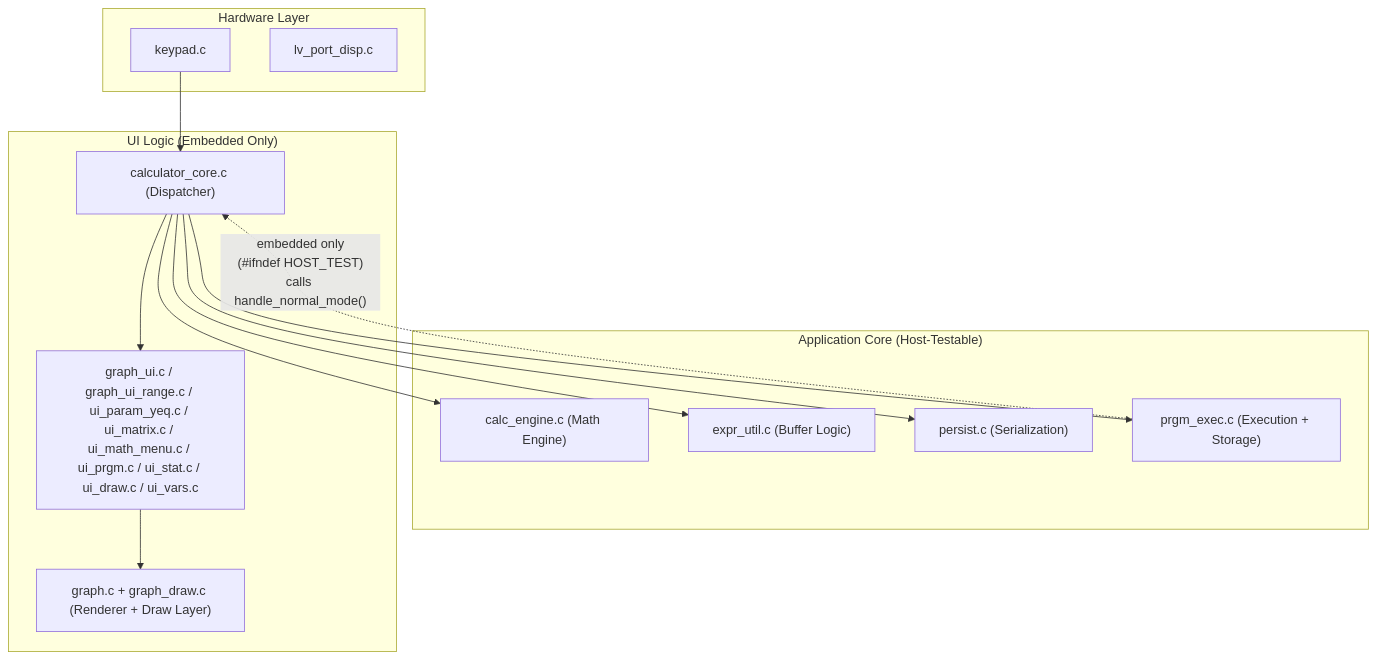
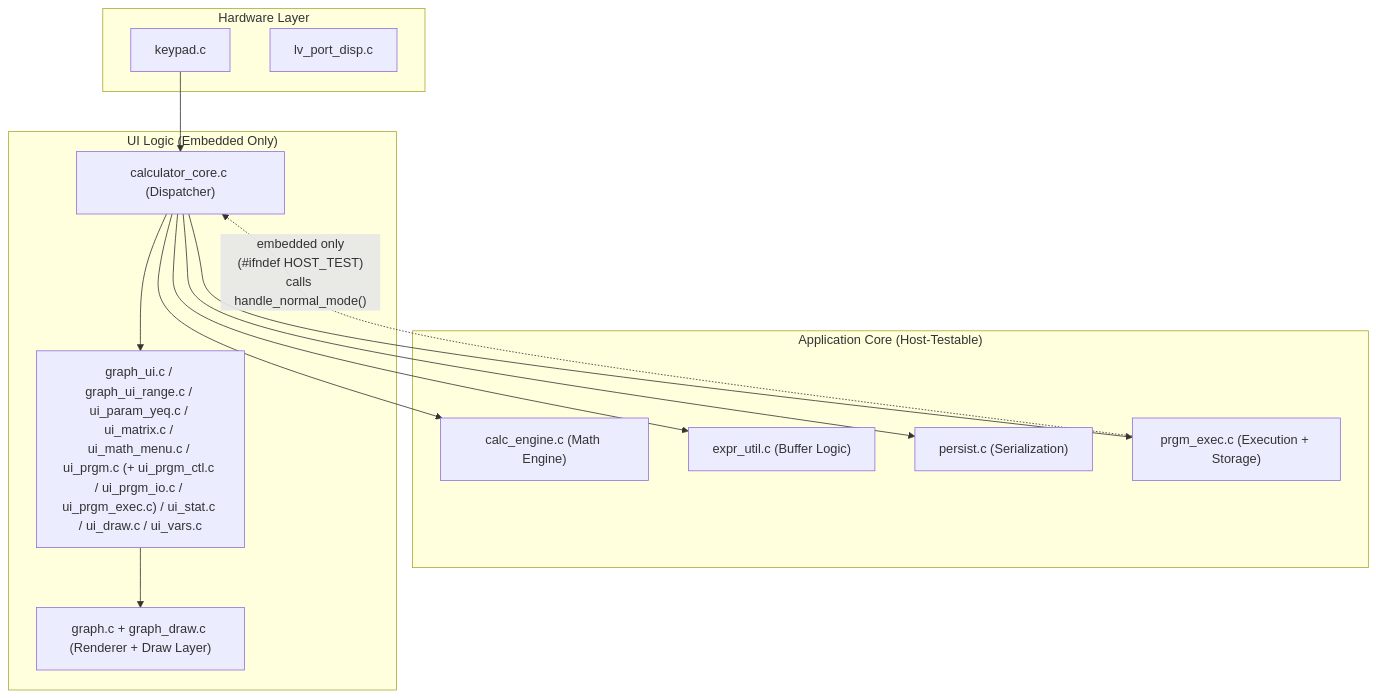
One commit to mndxc/STM32F429-TI81-Calculator changed the second of 2 diagrams in docs/ARCHITECTURE.md. Above: the diagram before and after it, drawn with Mermaid. The commit also changed 12 other files, not shown here.

First line of the commit message:
refactor: extract ui_prgm_ctl/io/exec sub-menus from ui_prgm.c (INTERFACE_REFACTOR_PLAN Item 1)

````diff
--- a/docs/ARCHITECTURE.md
+++ b/docs/ARCHITECTURE.md
@@ -47,29 +47,29 @@
 ```mermaid
 graph TD
     subgraph "Hardware Layer"
         HW_K["keypad.c"]
         HW_D["lv_port_disp.c"]
     end
 
     subgraph "Application Core (Host-Testable)"
         CE["calc_engine.c (Math Engine)"]
         EU["expr_util.c (Buffer Logic)"]
         PE["persist.c (Serialization)"]
         PRE["prgm_exec.c (Execution + Storage)"]
     end
 
     subgraph "UI Logic (Embedded Only)"
         CC["calculator_core.c (Dispatcher)"]
-        GUI["graph_ui.c / graph_ui_range.c / ui_param_yeq.c / ui_matrix.c / ui_math_menu.c / ui_prgm.c / ui_stat.c / ui_draw.c / ui_vars.c"]
+        GUI["graph_ui.c / graph_ui_range.c / ui_param_yeq.c / ui_matrix.c / ui_math_menu.c / ui_prgm.c (+ ui_prgm_ctl.c / ui_prgm_io.c / ui_prgm_exec.c) / ui_stat.c / ui_draw.c / ui_vars.c"]
         G["graph.c + graph_draw.c (Renderer + Draw Layer)"]
     end
 
     HW_K --> CC
     CC --> GUI
     CC --> CE
     CC --> EU
     CC --> PE
     CC --> PRE
     GUI --> G
     PRE -. "embedded only\n(#ifndef HOST_TEST)\ncalls handle_normal_mode()" .-> CC
 ```
````
